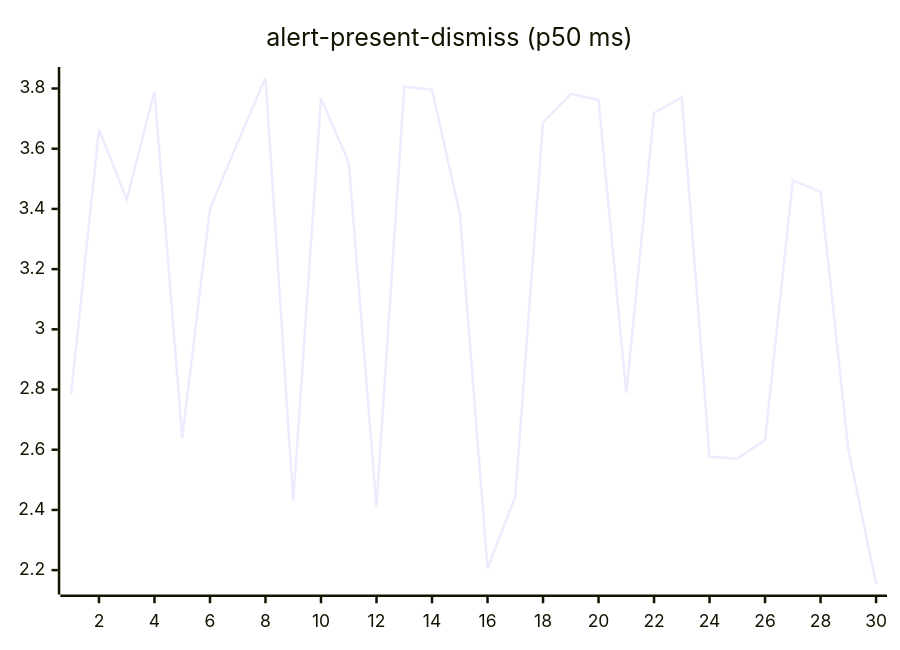
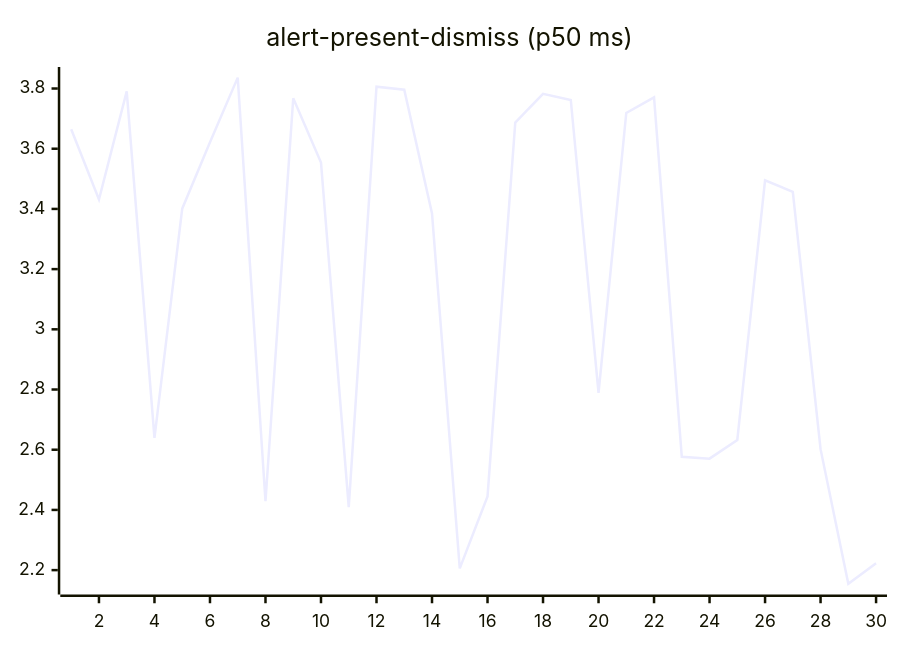
Before and after one commit to josha/Facet: the second of 27 diagrams in README.md, drawn with Mermaid. The commit also changed other lines of this file and 2 other files, not shown here.

````diff
--- a/README.md
+++ b/README.md
@@ -70,6 +70,6 @@
 ```mermaid
 xychart-beta
     title "alert-present-dismiss (p50 ms)"
     x-axis 1 --> 30
-    line [2.7865, 3.6648, 3.4312, 3.7906, 2.6392, 3.4008, 3.6212, 3.8362, 2.4288, 3.7676, 3.5538, 2.4095, 3.8060, 3.7961, 3.3851, 2.2058, 2.4450, 3.6869, 3.7826, 3.7621, 2.7891, 3.7187, 3.7708, 2.5766, 2.5704, 2.6324, 3.4949, 3.4566, 2.6019, 2.1543]
+    line [3.6648, 3.4312, 3.7906, 2.6392, 3.4008, 3.6212, 3.8362, 2.4288, 3.7676, 3.5538, 2.4095, 3.8060, 3.7961, 3.3851, 2.2058, 2.4450, 3.6869, 3.7826, 3.7621, 2.7891, 3.7187, 3.7708, 2.5766, 2.5704, 2.6324, 3.4949, 3.4566, 2.6019, 2.1543, 2.2230]
 ```
````
